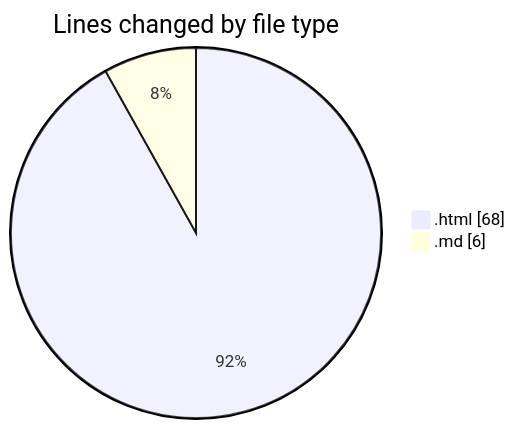
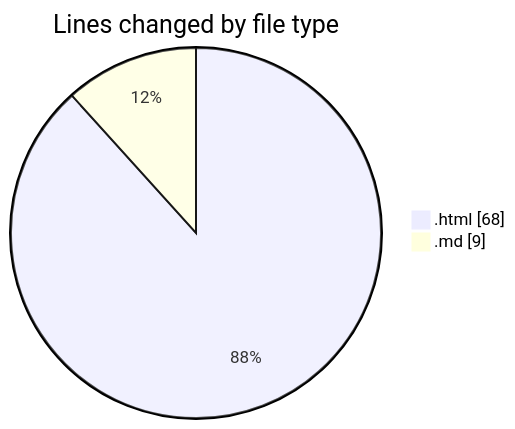
The first of 2 diagrams in 2025-07-04/urlwebwala_intership_work/README.md (Ritupan-Deka/code-tracking), drawn with Mermaid before and after one commit. The commit also changed other lines of this file and 1 other file, not shown here.

````diff
--- a/2025-07-04/urlwebwala_intership_work/README.md
+++ b/2025-07-04/urlwebwala_intership_work/README.md
@@ -21,6 +21,6 @@
 ```mermaid
 pie showData
 title Lines changed by file type
 ".html" : 68
-".md" : 6
+".md" : 9
 ```
````
